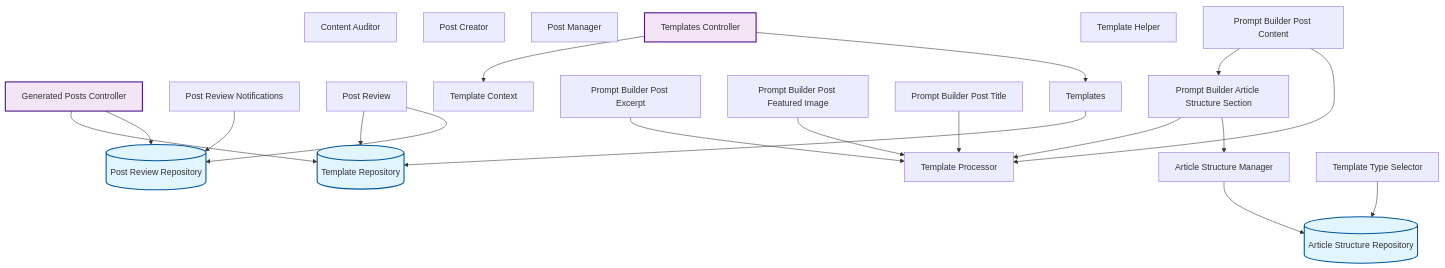
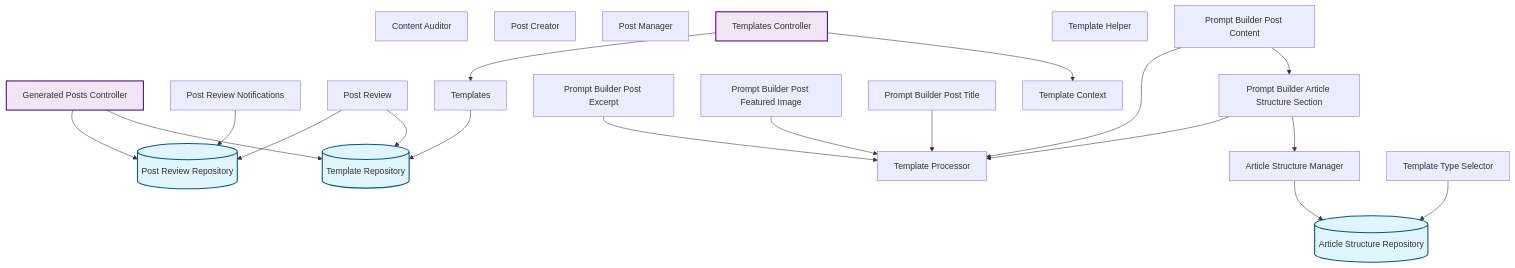
The fourth of 10 diagrams in docs/feature-report.md (rpnunez/wp-ai-scheduler), drawn with Mermaid before and after one commit. The commit also changed other lines of this file and 1 other file, not shown here.

````diff
--- a/docs/feature-report.md
+++ b/docs/feature-report.md
@@ -200,50 +200,50 @@
 ```mermaid
 flowchart TD
     %% Content Management Architecture
 
     Article_Structure_Manager["Article Structure Manager"]
     Article_Structure_Repository[("Article Structure Repository")]
     Content_Auditor["Content Auditor"]
     Generated_Posts_Controller["Generated Posts Controller"]
     Post_Creator["Post Creator"]
     Post_Manager["Post Manager"]
     Post_Review_Notifications["Post Review Notifications"]
     Post_Review_Repository[("Post Review Repository")]
     Post_Review["Post Review"]
     Prompt_Builder_Article_Structure_Section["Prompt Builder Article Structure Section"]
     Prompt_Builder_Post_Content["Prompt Builder Post Content"]
     Prompt_Builder_Post_Excerpt["Prompt Builder Post Excerpt"]
     Prompt_Builder_Post_Featured_Image["Prompt Builder Post Featured Image"]
     Prompt_Builder_Post_Title["Prompt Builder Post Title"]
     Template_Context["Template Context"]
     Template_Helper["Template Helper"]
     Template_Processor["Template Processor"]
     Template_Repository[("Template Repository")]
     Template_Type_Selector["Template Type Selector"]
     Templates_Controller["Templates Controller"]
     Templates["Templates"]
 
     Article_Structure_Manager --> Article_Structure_Repository
+    Generated_Posts_Controller --> Template_Repository
     Generated_Posts_Controller --> Post_Review_Repository
-    Generated_Posts_Controller --> Template_Repository
     Post_Review_Notifications --> Post_Review_Repository
+    Post_Review --> Template_Repository
     Post_Review --> Post_Review_Repository
-    Post_Review --> Template_Repository
     Prompt_Builder_Article_Structure_Section --> Article_Structure_Manager
     Prompt_Builder_Article_Structure_Section --> Template_Processor
+    Prompt_Builder_Post_Content --> Prompt_Builder_Article_Structure_Section
     Prompt_Builder_Post_Content --> Template_Processor
-    Prompt_Builder_Post_Content --> Prompt_Builder_Article_Structure_Section
     Prompt_Builder_Post_Excerpt --> Template_Processor
     Prompt_Builder_Post_Featured_Image --> Template_Processor
     Prompt_Builder_Post_Title --> Template_Processor
     Template_Type_Selector --> Article_Structure_Repository
+    Templates_Controller --> Template_Context
     Templates_Controller --> Templates
-    Templates_Controller --> Template_Context
     Templates --> Template_Repository
 
     classDef repository fill:#e1f5ff,stroke:#01579b,stroke-width:2px
     classDef service fill:#fff3e0,stroke:#e65100,stroke-width:2px
     classDef controller fill:#f3e5f5,stroke:#4a148c,stroke-width:2px
     class Article_Structure_Repository,Post_Review_Repository,Template_Repository repository
     class Generated_Posts_Controller,Templates_Controller controller
 ```
````
